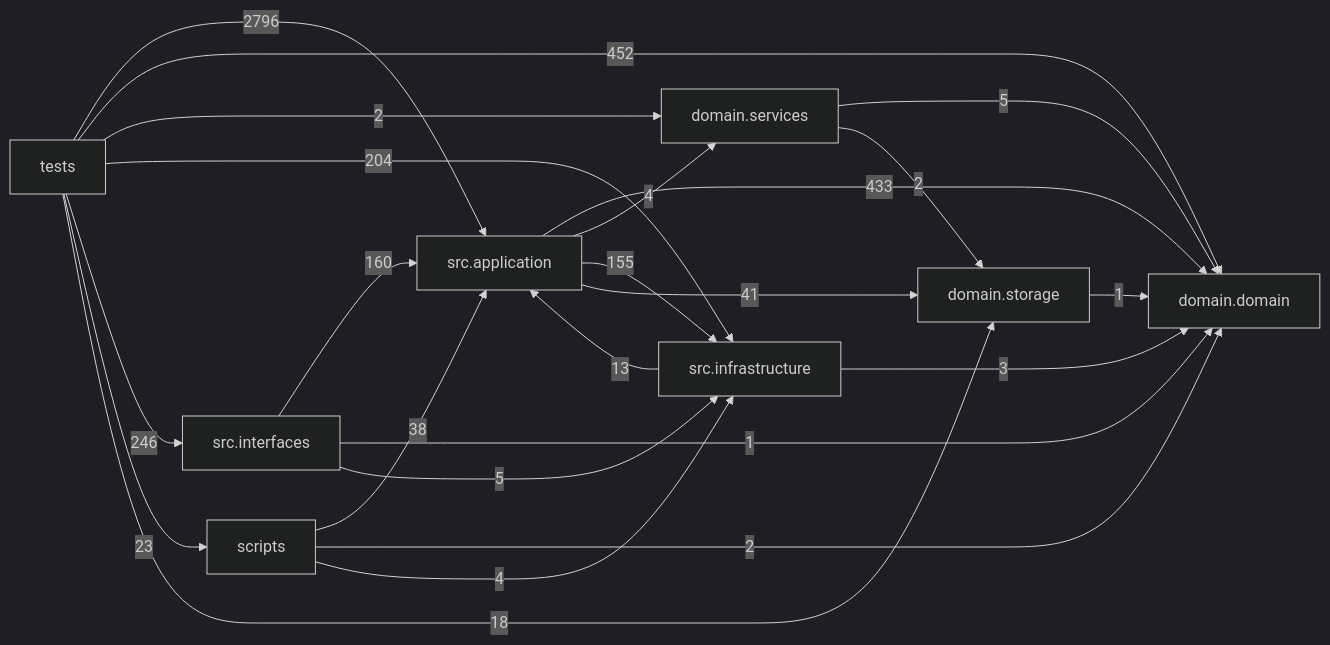
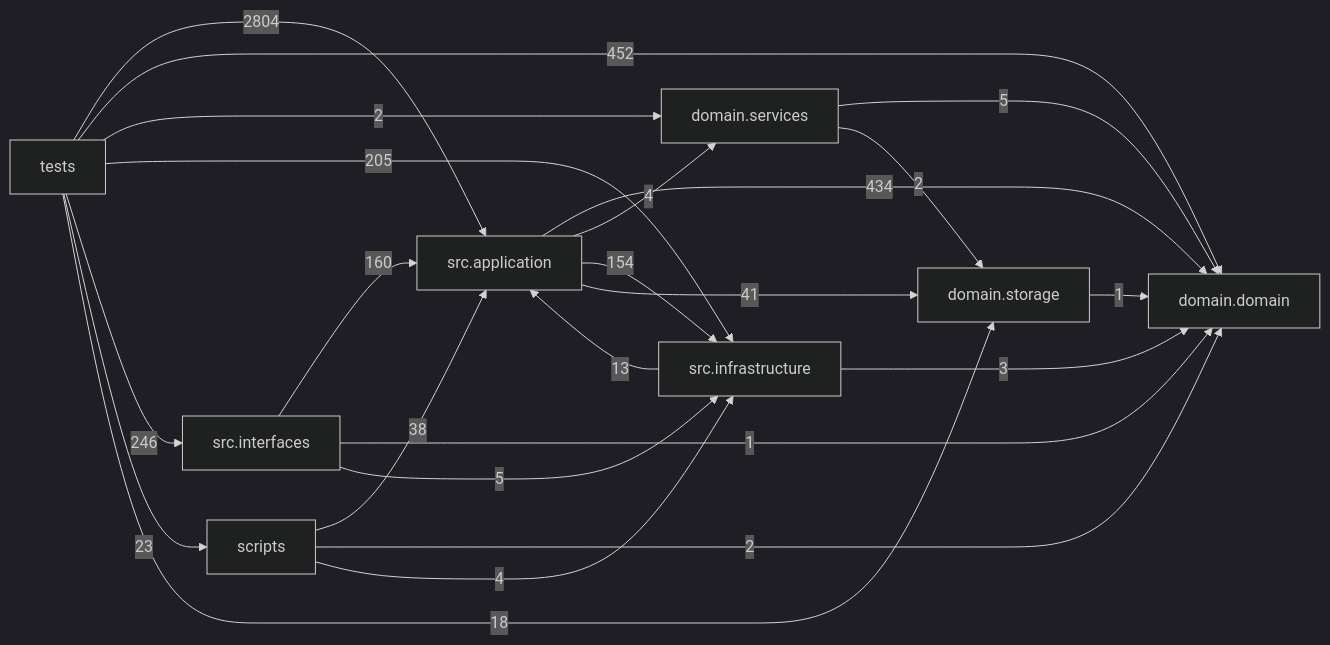
One commit to liuxie066/options-monitor changed the diagram in docs/DEPENDENCY_GRAPH.md. Above: the diagram before and after it, drawn with Mermaid (dark theme). The commit also changed other lines of this file and 8 other files, not shown here.

````diff
--- a/docs/DEPENDENCY_GRAPH.md
+++ b/docs/DEPENDENCY_GRAPH.md
@@ -24,33 +24,33 @@
 ```mermaid
 flowchart LR
   tests["tests"]
   scripts["scripts"]
   interfaces["src.interfaces"]
   application["src.application"]
   infrastructure["src.infrastructure"]
   domain_services["domain.services"]
   domain["domain.domain"]
   storage["domain.storage"]
-  application -->|433| domain
+  application -->|434| domain
   application -->|4| domain_services
-  application -->|155| infrastructure
+  application -->|154| infrastructure
   application -->|41| storage
   domain_services -->|5| domain
   domain_services -->|2| storage
   infrastructure -->|13| application
   infrastructure -->|3| domain
   interfaces -->|160| application
   interfaces -->|1| domain
   interfaces -->|5| infrastructure
   scripts -->|38| application
   scripts -->|2| domain
   scripts -->|4| infrastructure
   storage -->|1| domain
-  tests -->|2796| application
+  tests -->|2804| application
   tests -->|452| domain
   tests -->|2| domain_services
-  tests -->|204| infrastructure
+  tests -->|205| infrastructure
   tests -->|246| interfaces
   tests -->|23| scripts
   tests -->|18| storage
 ```
````
